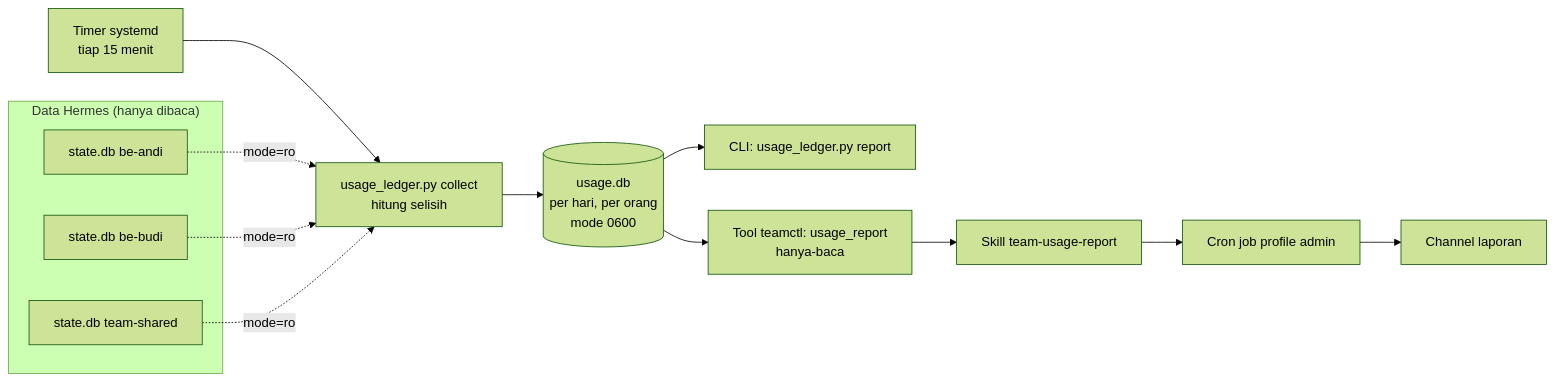
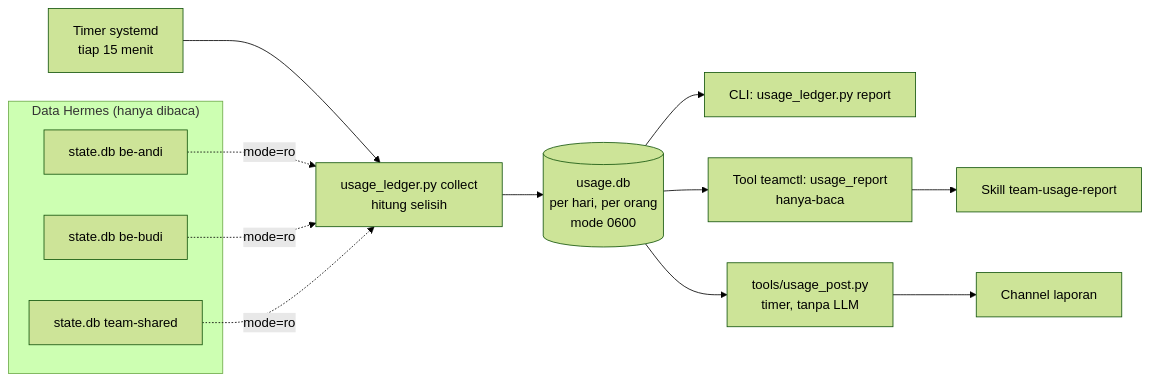
Before and after one commit to soumabali/be-hermes: the eighth of 8 diagrams in README.md, drawn with Mermaid (forest theme). The commit also changed other lines of this file and 4 other files, not shown here.

First line of the commit message:
README: laporan pemakaian terjadwal ke channel dan ekspor metrik; WIP agen ikut tersimpan

````diff
--- a/README.md
+++ b/README.md
@@ -872,18 +877,18 @@
 ```mermaid
 flowchart LR
     subgraph Hermes["Data Hermes (hanya dibaca)"]
         S1["state.db be-andi"]
         S2["state.db be-budi"]
         S3["state.db team-shared"]
     end
     T["Timer systemd<br/>tiap 15 menit"] --> C["usage_ledger.py collect<br/>hitung selisih"]
     S1 -. "mode=ro" .-> C
     S2 -. "mode=ro" .-> C
     S3 -. "mode=ro" .-> C
     C --> L[("usage.db<br/>per hari, per orang<br/>mode 0600")]
     L --> R1["CLI: usage_ledger.py report"]
     L --> R2["Tool teamctl: usage_report<br/>hanya-baca"]
     R2 --> SK["Skill team-usage-report"]
-    SK --> CR["Cron job profile admin"]
-    CR --> CH["Channel laporan"]
+    L --> UP["tools/usage_post.py<br/>timer, tanpa LLM"]
+    UP --> CH["Channel laporan"]
 ```
````
